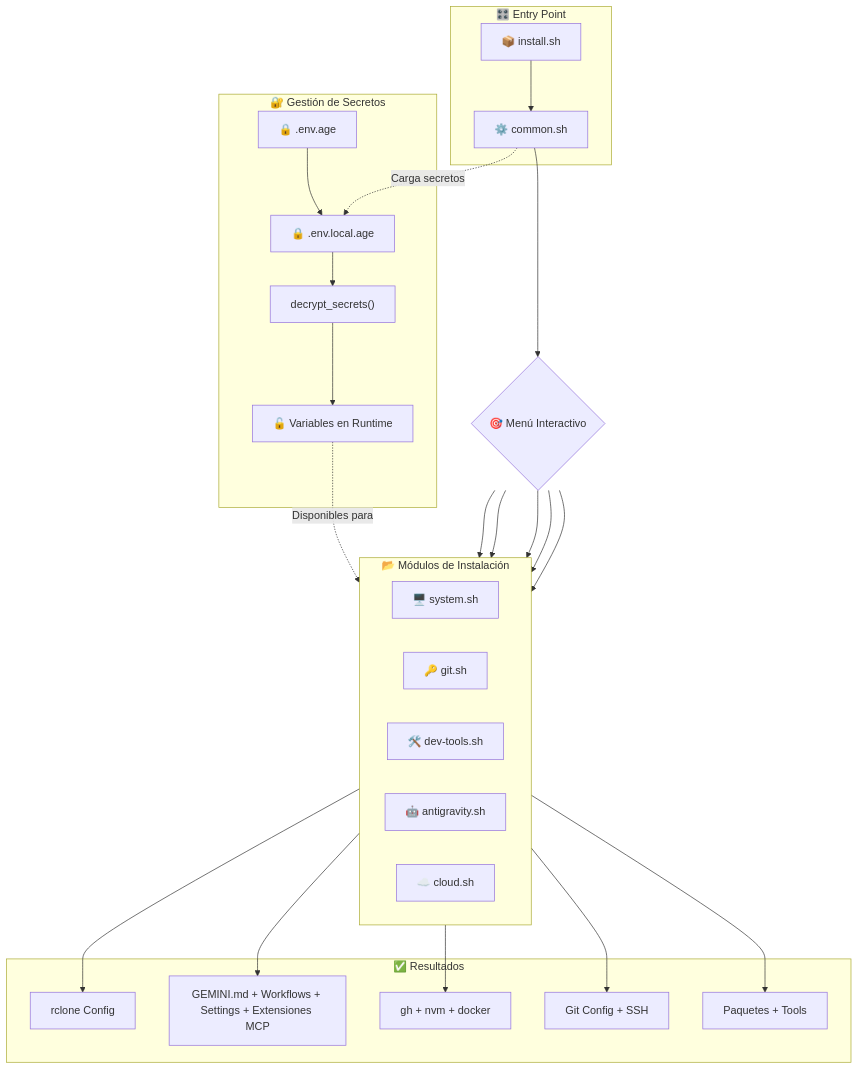
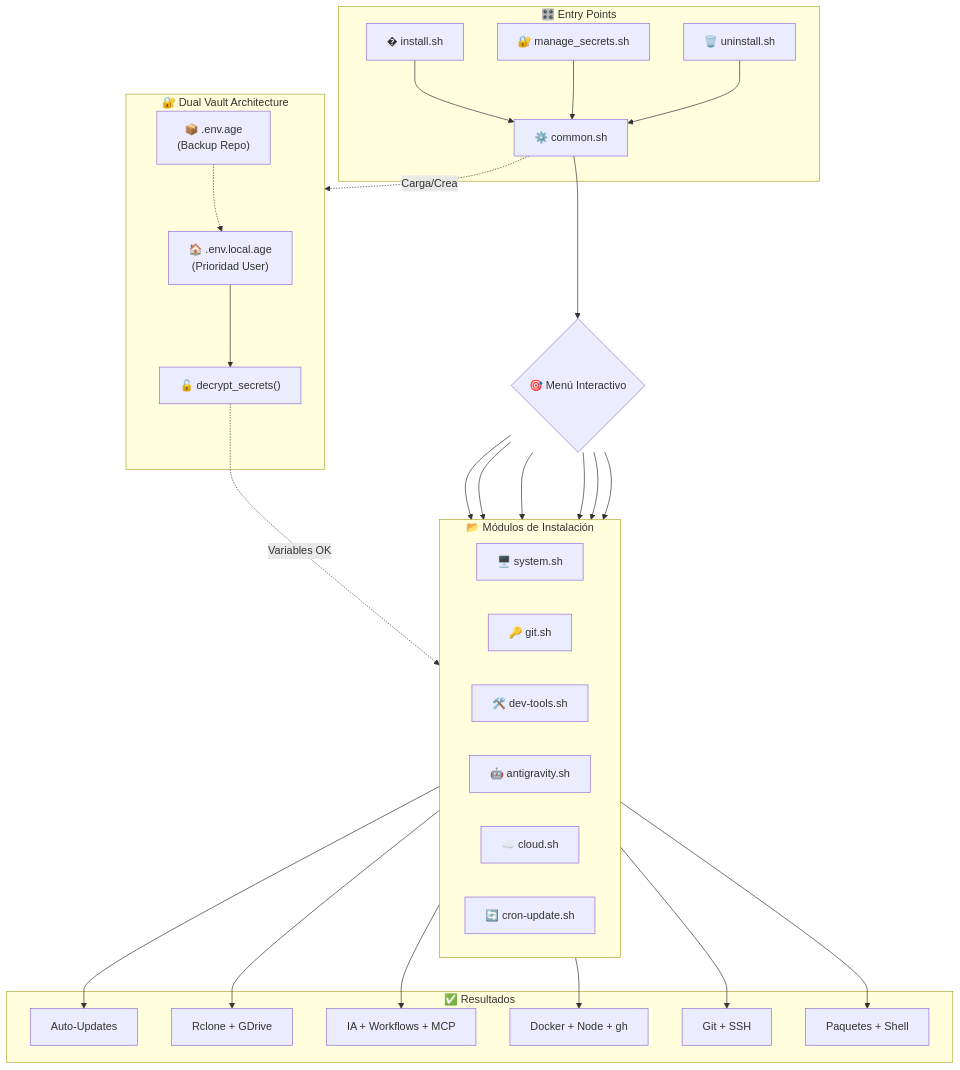
One commit to herwingx/dotfiles changed the first of 2 diagrams in README.md. Above: the diagram before and after it, drawn with Mermaid. The commit also changed other lines of this file, not shown here.

Commit message:
docs(diagrams): actualizar diagramas mermaid de arquitectura y secuencia

````diff
--- a/README.md
+++ b/README.md
@@ -169,42 +169,50 @@
 ```mermaid
 flowchart TD
-    subgraph ENTRY["🎛️ Entry Point"]
-        A["📦 install.sh"] --> B["⚙️ common.sh"]
+    subgraph ENTRY["🎛️ Entry Points"]
+        A["� install.sh"] --> B["⚙️ common.sh"]
+        M["🔐 manage_secrets.sh"] --> B
+        U["🗑️ uninstall.sh"] --> B
     end
 
     B --> C{"🎯 Menú Interactivo"}
 
     subgraph MODULES["📂 Módulos de Instalación"]
         direction LR
         D["🖥️ system.sh"]
         E["🔑 git.sh"]
         F["🛠️ dev-tools.sh"]
         G["🤖 antigravity.sh"]
         H["☁️ cloud.sh"]
+        I["🔄 cron-update.sh"]
     end
 
-    C --> D & E & F & G & H
+    C --> D & E & F & G & H & I
 
     subgraph OUTPUTS["✅ Resultados"]
-        I["Paquetes + Tools"]
-        J["Git Config + SSH"]
-        K["gh + nvm + docker"]
-        L["GEMINI.md + Workflows + Settings + Extensiones MCP"]
-        M["rclone Config"]
+        O1["Paquetes + Shell"]
+        O2["Git + SSH"]
+        O3["Docker + Node + gh"]
+        O4["IA + Workflows + MCP"]
+        O5["Rclone + GDrive"]
+        O6["Auto-Updates"]
     end
 
-    D --> I
-    E --> J
-    F --> K
-    G --> L
-    H --> M
+    D --> O1
+    E --> O2
+    F --> O3
+    G --> O4
+    H --> O5
+    I --> O6
 
-    subgraph SECRETS["🔐 Gestión de Secretos"]
-        N["🔒 .env.local.age"] --> O["decrypt_secrets()"]
-        N2["🔒 .env.age"] --> N
-        O --> P["🔓 Variables en Runtime"]
+    subgraph SECRETS["🔐 Dual Vault Architecture"]
+        S1["🏠 .env.local.age<br/>(Prioridad User)"]
+        S2["📦 .env.age<br/>(Backup Repo)"]
+        DEC["🔓 decrypt_secrets()"]
+        
+        S1 --> DEC
+        S2 -.-> S1
     end
 
-    B -.->|"Carga secretos"| N
-    P -.->|"Disponibles para"| MODULES
+    B -.->|"Carga/Crea"| SECRETS
+    DEC -.->|"Variables OK"| MODULES
 ```
````
